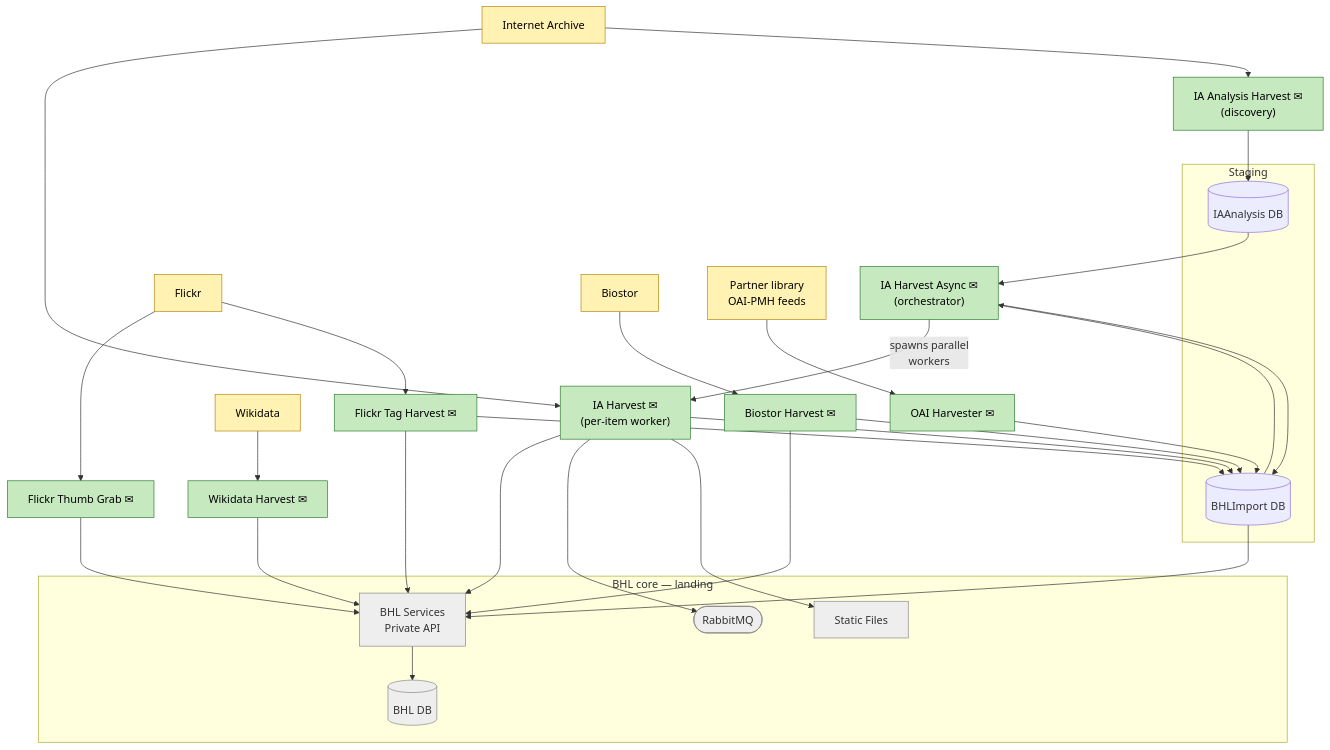
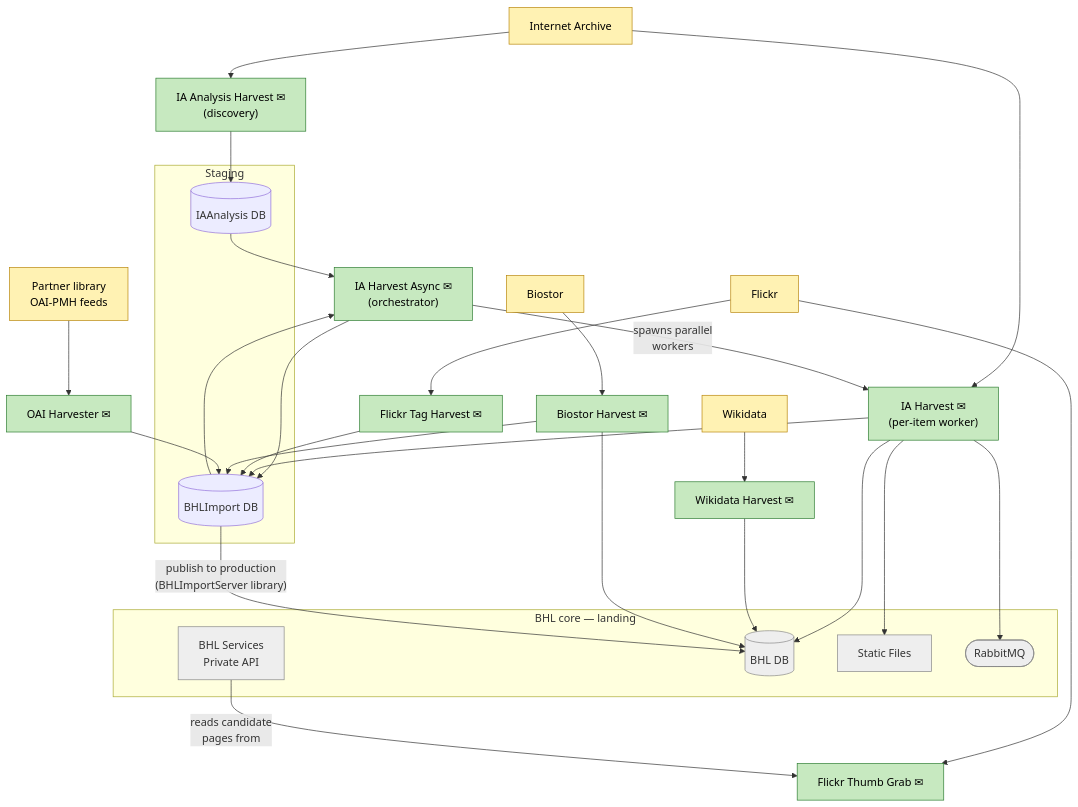
One commit to rdmpage/bhl-data-flows changed the diagram in diagrams/ingest.md. Above: the diagram before and after it, drawn with Mermaid. The commit also changed other lines of this file and 1 other file, not shown here.

````diff
--- a/diagrams/ingest.md
+++ b/diagrams/ingest.md
@@ -7,75 +7,79 @@
 ```mermaid
 flowchart TD
     %% --- External sources ---
     IA[Internet Archive]
     Flickr[Flickr]
     WD[Wikidata]
     Biostor[Biostor]
     PartnerOAI[Partner library<br/>OAI-PMH feeds]
 
-    %% --- Harvesters (✉ = posts admin notification via Private API /v1/Email) ---
+    %% --- Harvesters (✉ = sends admin email; all also POST operational audit
+    %%     logs to /v1/InsertServiceLog. Neither path is drawn as an edge.) ---
     IAAnal["IA Analysis Harvest ✉<br/>(discovery)"]
     IAHAsync["IA Harvest Async ✉<br/>(orchestrator)"]
     IAH["IA Harvest ✉<br/>(per-item worker)"]
     FlickrTag["Flickr Tag Harvest ✉"]
     FlickrThumb["Flickr Thumb Grab ✉"]
     WDH["Wikidata Harvest ✉"]
     BiostorH["Biostor Harvest ✉"]
     OAIH["OAI Harvester ✉"]
 
     %% --- Staging databases ---
     subgraph Staging["Staging"]
         IAAnalDB[(IAAnalysis DB)]
         ImportDB[(BHLImport DB)]
     end
 
     %% --- BHL-core landing points (muted; see Process / Serve diagrams) ---
     subgraph Landing["BHL core — landing"]
         PrivAPI[BHL Services<br/>Private API]
         BHLDB[(BHL DB)]
         Files[Static Files]
         MQ([RabbitMQ])
     end
 
     %% --- Source -> harvester ---
     IA --> IAAnal
     IA --> IAH
     Flickr --> FlickrTag
     Flickr --> FlickrThumb
     WD --> WDH
     Biostor --> BiostorH
     PartnerOAI --> OAIH
 
     %% --- Three-stage IA pipeline: discovery -> orchestration -> per-item work ---
     IAAnal --> IAAnalDB
     IAAnalDB --> IAHAsync
     ImportDB --> IAHAsync
     IAHAsync --> ImportDB
     IAHAsync -- "spawns parallel<br/>workers" --> IAH
 
-    %% --- Worker destinations ---
+    %% --- Worker destinations (direct DB writes via BHLProvider /
+    %%     BHLImportServer libraries, not over REST) ---
     IAH --> ImportDB
     IAH --> Files
     IAH --> MQ
-    IAH --> PrivAPI
+    IAH --> BHLDB
 
     FlickrTag --> ImportDB
-    FlickrTag --> PrivAPI
-    FlickrThumb --> PrivAPI
-    WDH --> PrivAPI
+    WDH --> BHLDB
     BiostorH --> ImportDB
-    BiostorH --> PrivAPI
+    BiostorH --> BHLDB
     OAIH --> ImportDB
 
-    %% --- Staging -> production promotion ---
-    ImportDB --> PrivAPI
-    PrivAPI --> BHLDB
+    %% --- Flickr Thumb Grab is the odd one out: reads a candidate page from the
+    %%     Private API (PageFlickr/Random), then fetches thumbnails from Flickr.
+    %%     No data write to the Private API. ---
+    PrivAPI -- "reads candidate<br/>pages from" --> FlickrThumb
+
+    %% --- Staging -> production promotion (in-process, via BHLImportServer) ---
+    ImportDB -- "publish to production<br/>(BHLImportServer library)" --> BHLDB
 
     %% --- Styling ---
     classDef source fill:#fff2b3,stroke:#b8860b,color:#000;
     classDef harvester fill:#c7e9c0,stroke:#2e7d32,color:#000;
     classDef boundary fill:#eeeeee,stroke:#888,color:#333;
     class IA,Flickr,WD,Biostor,PartnerOAI source;
     class IAAnal,IAHAsync,IAH,FlickrTag,FlickrThumb,WDH,BiostorH,OAIH harvester;
     class PrivAPI,BHLDB,Files,MQ boundary;
 ```
````
